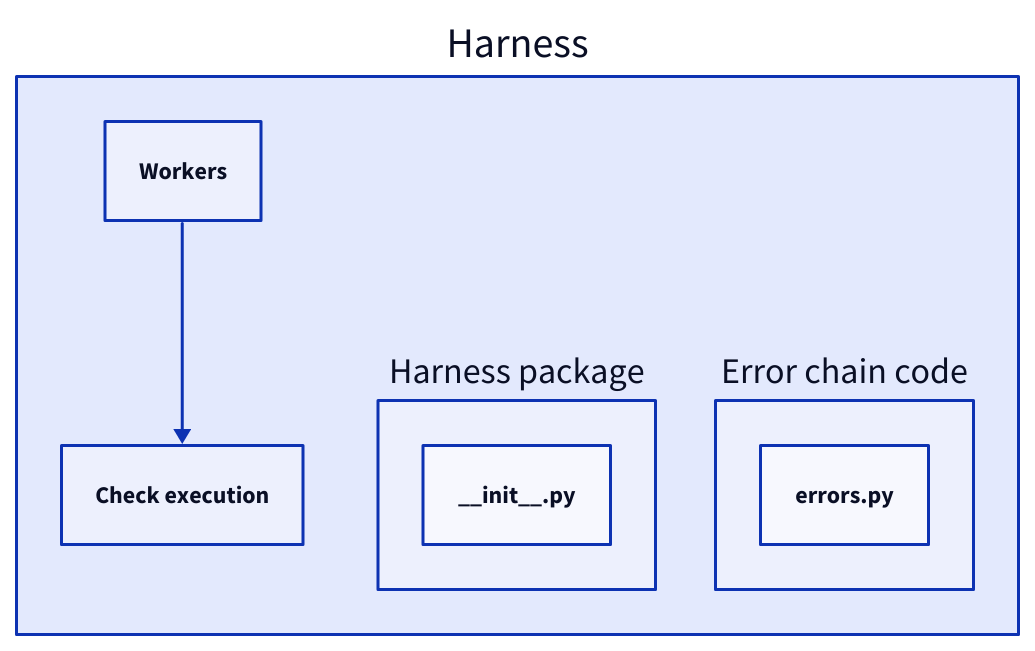
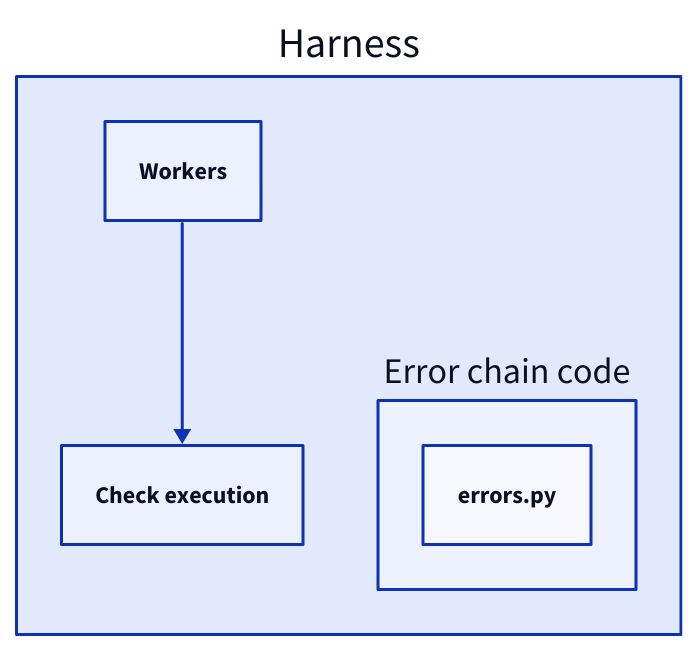
The diagram in specs/concorde/harness/module.md (FTOD/concorde), drawn with D2 before and after one commit. The commit also changed other lines of this file and 1 other file, not shown here.

Commit message:
Leave housekeeping realizations out of the Harness diagrams
Under the leaner diagram rule, the Harness package marker and the Check
execution test suite are explained in prose and no longer drawn.

````diff
--- a/specs/concorde/harness/module.md
+++ b/specs/concorde/harness/module.md
@@ -110,13 +111,10 @@
 ```d2
 harness: Harness {
   workers: Workers
   checks: Check execution
-  package: Harness package {
-    "__init__.py"
-  }
   errors: Error chain code {
     "errors.py"
   }
   workers -> checks
 }
 ```
````
